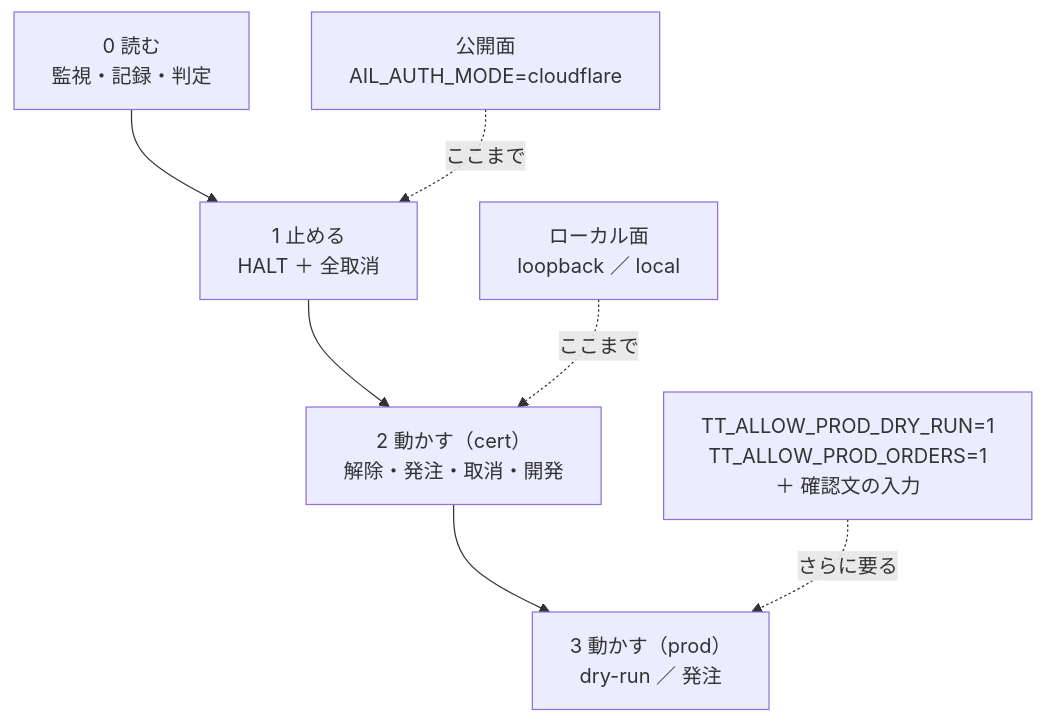
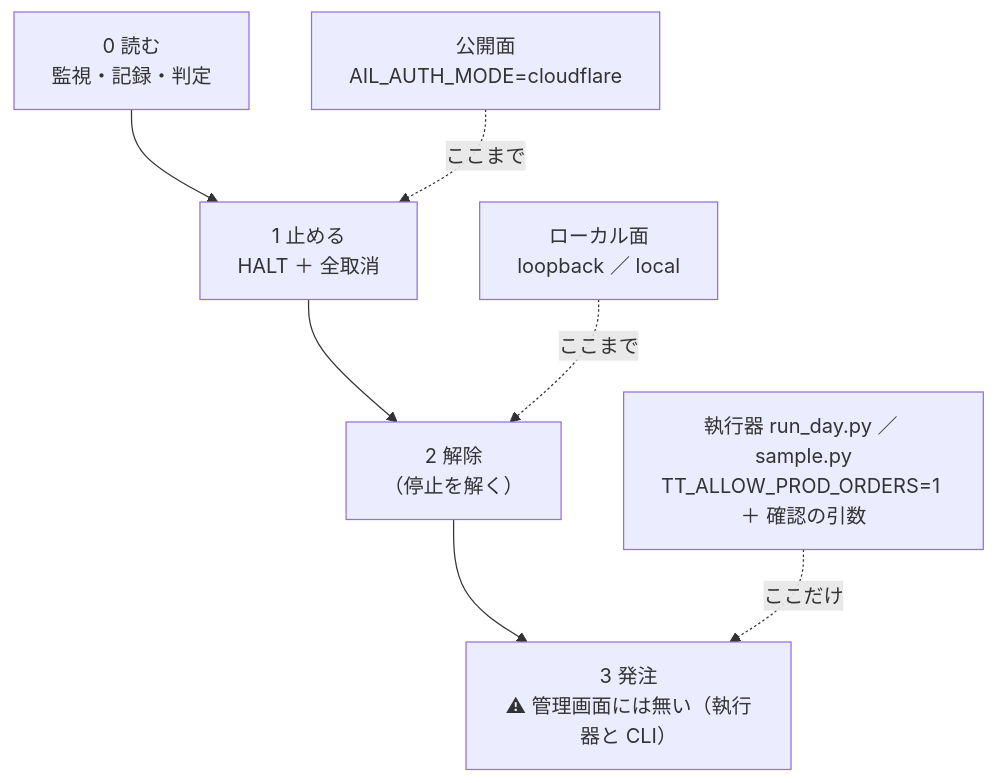
One commit to akiraak/ai-income-lab changed the first of 12 diagrams in docs/specs/dashboard.md. Above: the diagram before and after it, drawn with Mermaid. The commit also changed other lines of this file and 23 other files, not shown here.

````diff
--- a/docs/specs/dashboard.md
+++ b/docs/specs/dashboard.md
@@ -37,9 +36,9 @@
 ```mermaid
 flowchart TB
   T0["0 読む<br/>監視・記録・判定"] --> T1["1 止める<br/>HALT ＋ 全取消"]
-  T1 --> T2["2 動かす（cert）<br/>解除・発注・取消・開発"]
-  T2 --> T3["3 動かす（prod）<br/>dry-run ／ 発注"]
+  T1 --> T2["2 解除<br/>（停止を解く）"]
+  T2 --> T3["3 発注<br/>⚠ 管理画面には無い（執行器と CLI）"]
   P["公開面<br/>AIL_AUTH_MODE=cloudflare"] -.->|ここまで| T1
   L["ローカル面<br/>loopback ／ local"] -.->|ここまで| T2
-  K["TT_ALLOW_PROD_DRY_RUN=1<br/>TT_ALLOW_PROD_ORDERS=1<br/>＋ 確認文の入力"] -.->|さらに要る| T3
+  K["執行器 run_day.py ／ sample.py<br/>TT_ALLOW_PROD_ORDERS=1 ＋ 確認の引数"] -.->|ここだけ| T3
 ```
````
